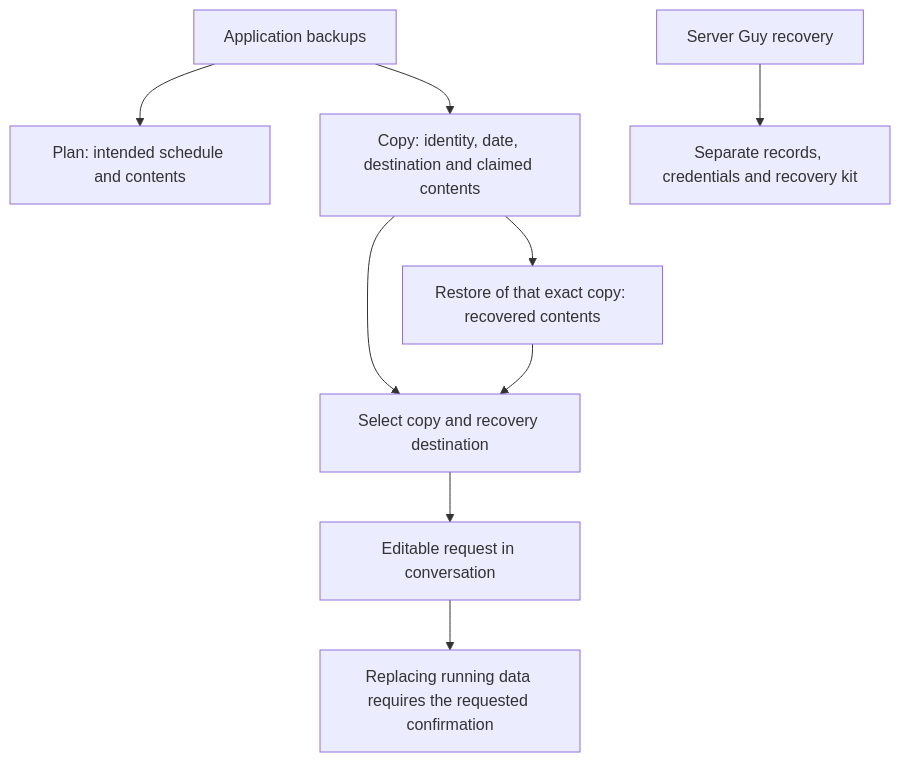
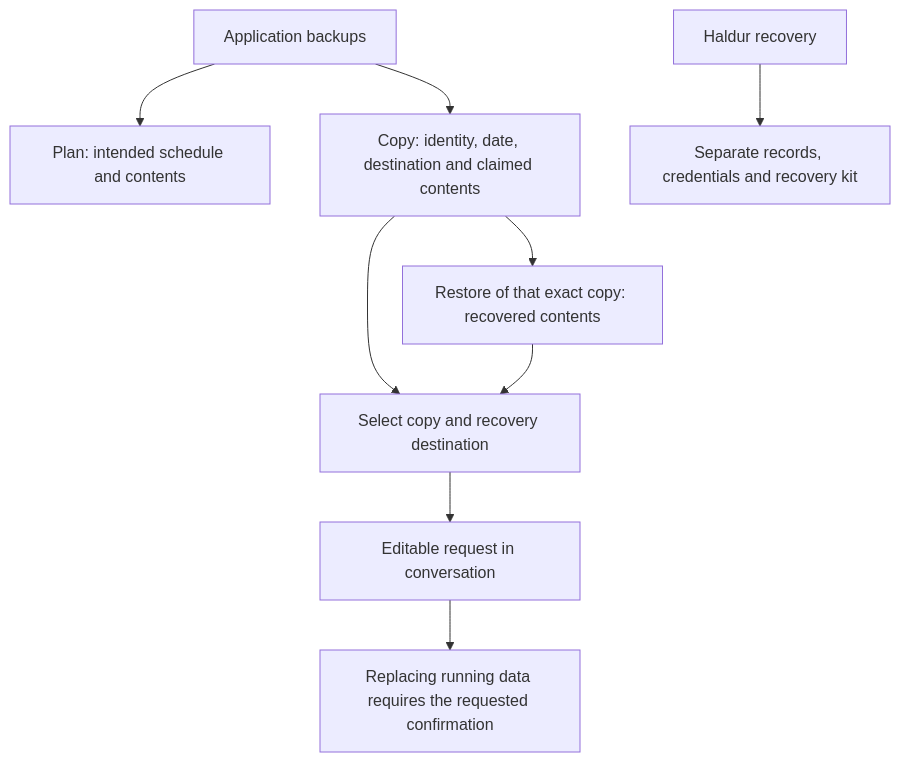
Before and after one commit to lustoykov/hallvi: the diagram in docs/architecture/backups-recovery-chain.md, drawn with Mermaid. The commit also changed other lines of this file and 424 other files, not shown here.

First line of the commit message:
Rename Server Guy to Haldur, keeping existing installations in place (#127)

````diff
--- a/docs/architecture/backups-recovery-chain.md
+++ b/docs/architecture/backups-recovery-chain.md
@@ -7,11 +7,11 @@
 ```mermaid
 flowchart TD
   A[Application backups] --> P[Plan: intended schedule and contents]
   A --> C[Copy: identity, date, destination and claimed contents]
   C --> R[Restore of that exact copy: recovered contents]
   C --> D[Select copy and recovery destination]
   R --> D
   D --> Q[Editable request in conversation]
   Q --> X[Replacing running data requires the requested confirmation]
-  S[Server Guy recovery] --> K[Separate records, credentials and recovery kit]
+  S[Haldur recovery] --> K[Separate records, credentials and recovery kit]
 ```
````
